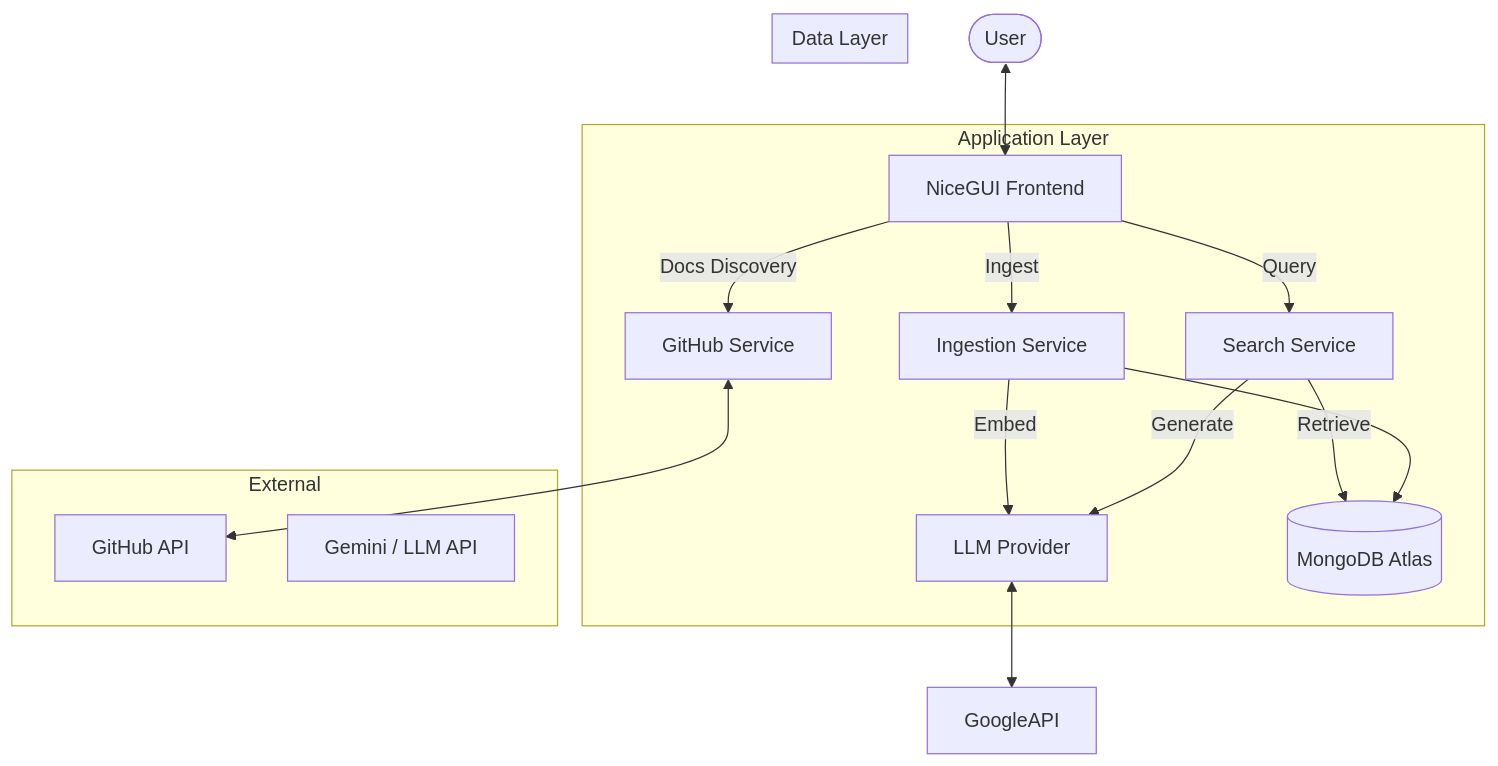
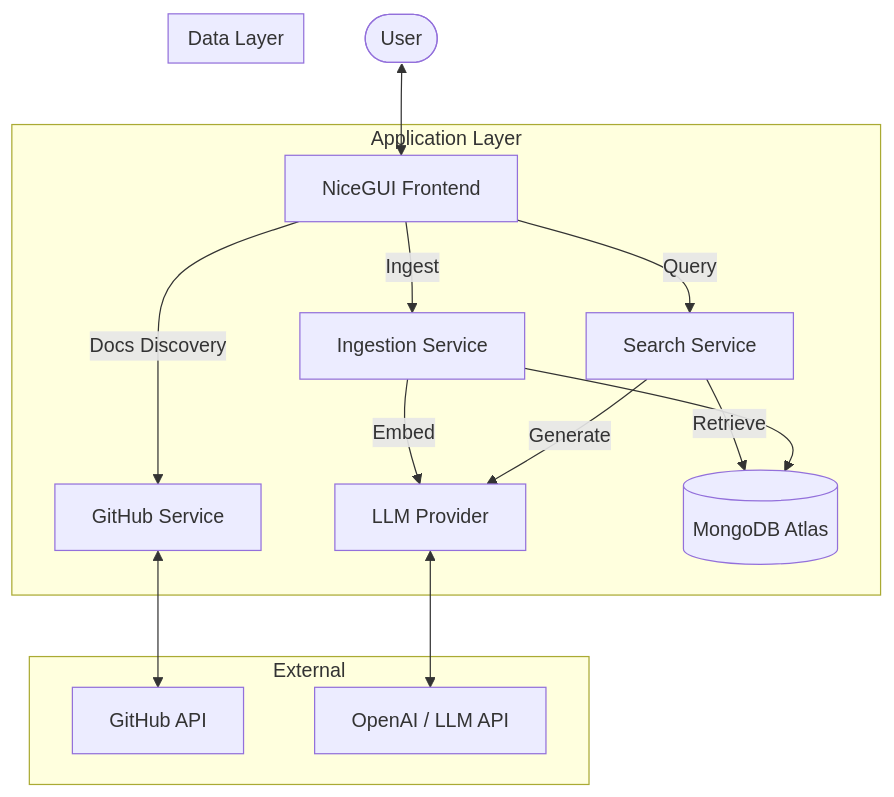
Before and after one commit to bishal7448/repo_mcp: the diagram in README.md, drawn with Mermaid. The commit also changed other lines of this file, not shown here.

Commit message:
Update README with new features and architecture

````diff
--- a/README.md
+++ b/README.md
@@ -22,27 +22,27 @@
 ```mermaid
 graph TD
     User([User]) <--> UI[NiceGUI Frontend]
     
     subgraph "Application Layer"
         UI --> |Docs Discovery| GitHub[GitHub Service]
         UI --> |Ingest| Ingestion[Ingestion Service]
         UI --> |Query| Search[Search Service]
         
         Ingestion --> |Embed| LLM[LLM Provider]
         Search --> |Retrieve| VectorDB
         Search --> |Generate| LLM
     end
     
     subgraph "Data Layer"
         VectorDB[(MongoDB Atlas)]
     end
     
     subgraph "External"
         GitHubAPI[GitHub API]
-        Gemini[Gemini / LLM API]
+        OpenAI[OpenAI / LLM API]
     end
     
     GitHub <--> GitHubAPI
-    LLM <--> GoogleAPI
+    LLM <--> OpenAI
     Ingestion --> VectorDB
 ```
````
